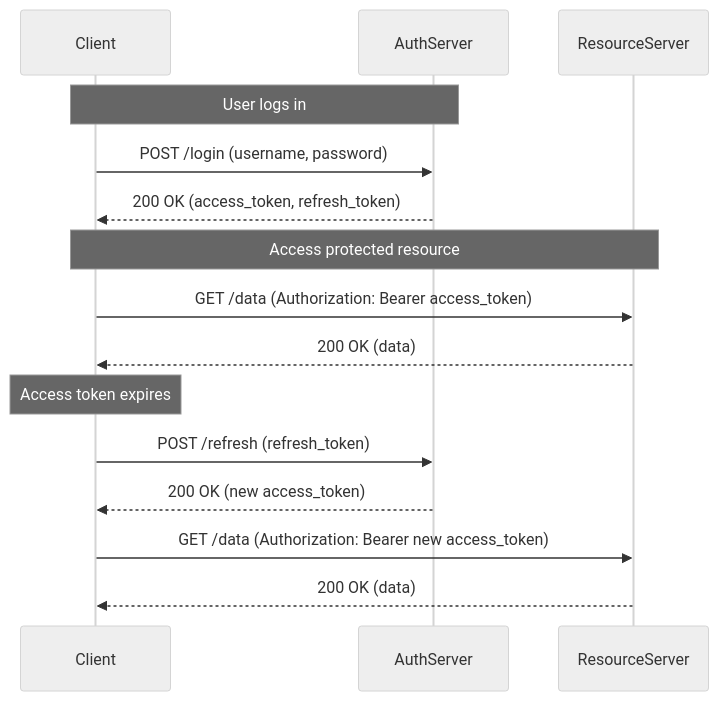
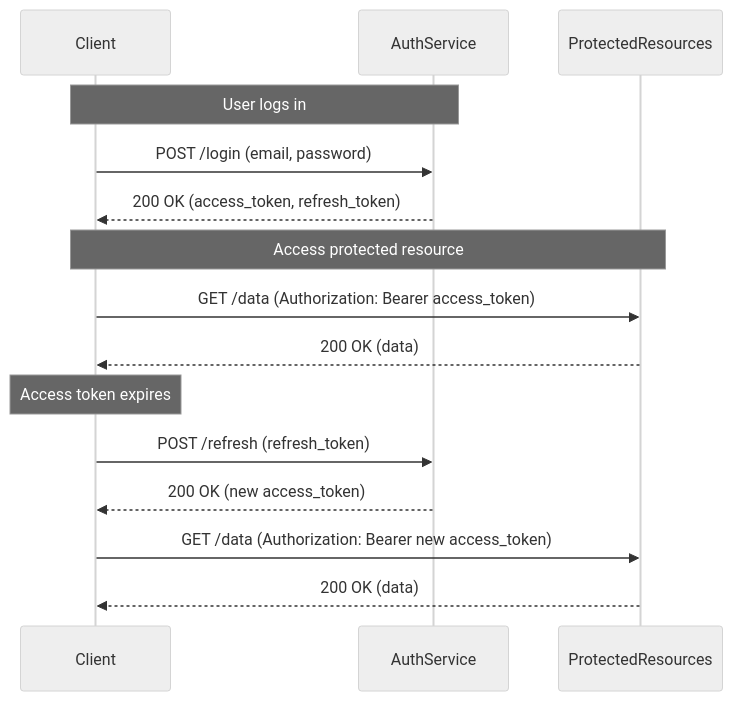
One commit to nvbang14061992/node51 changed the diagram in README.md. Above: the diagram before and after it, drawn with Mermaid (neutral theme).

````diff
--- a/README.md
+++ b/README.md
@@ -39,24 +39,24 @@
 ```mermaid
 sequenceDiagram
     participant Client
-    participant AuthServer
-    participant ResourceServer
+    participant AuthService
+    participant ProtectedResources
 
-    Note over Client, AuthServer: User logs in
+    Note over Client, AuthService: User logs in
 
-    Client->>AuthServer: POST /login (username, password)
-    AuthServer-->>Client: 200 OK (access_token, refresh_token)
+    Client->>AuthService: POST /login (email, password)
+    AuthService-->>Client: 200 OK (access_token, refresh_token)
 
-    Note over Client, ResourceServer: Access protected resource
+    Note over Client, ProtectedResources: Access protected resource
 
-    Client->>ResourceServer: GET /data (Authorization: Bearer access_token)
-    ResourceServer-->>Client: 200 OK (data)
+    Client->>ProtectedResources: GET /data (Authorization: Bearer access_token)
+    ProtectedResources-->>Client: 200 OK (data)
 
     Note over Client: Access token expires
 
-    Client->>AuthServer: POST /refresh (refresh_token)
-    AuthServer-->>Client: 200 OK (new access_token)
+    Client->>AuthService: POST /refresh (refresh_token)
+    AuthService-->>Client: 200 OK (new access_token)
 
-    Client->>ResourceServer: GET /data (Authorization: Bearer new access_token)
-    ResourceServer-->>Client: 200 OK (data)
+    Client->>ProtectedResources: GET /data (Authorization: Bearer new access_token)
+    ProtectedResources-->>Client: 200 OK (data)
 ```
````
